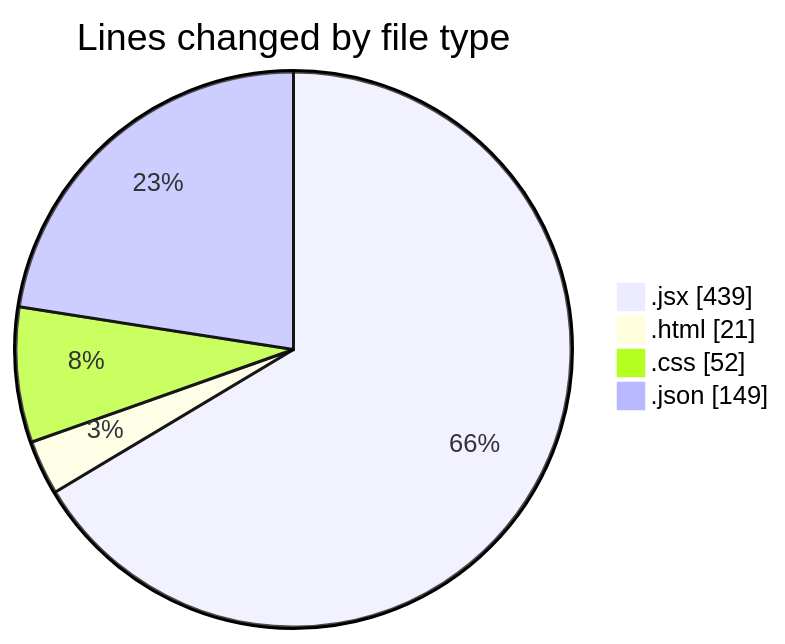
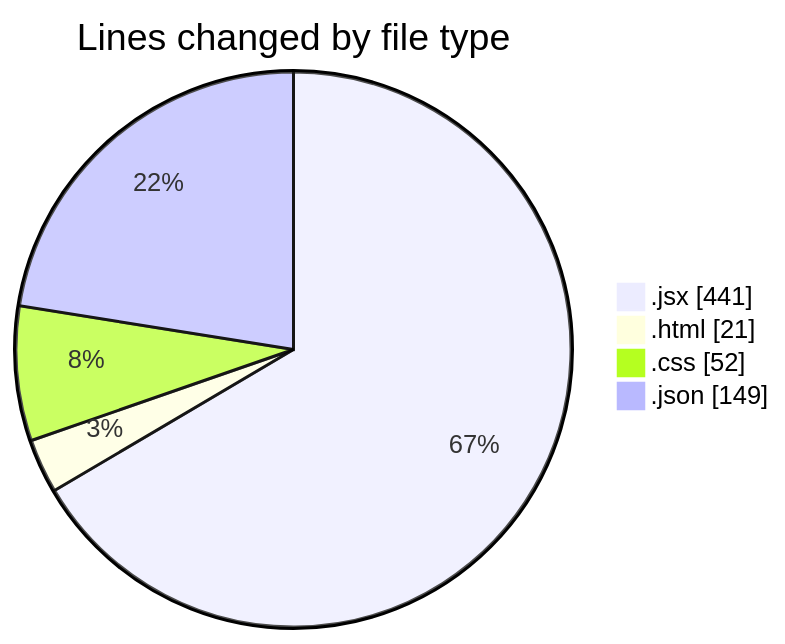
One commit to Elitesun/code-tracking changed the first of 2 diagrams in 2025-02-13/elitegpt/README.md. Above: the diagram before and after it, drawn with Mermaid. The commit also changed other lines of this file and 1 other file, not shown here.

````diff
--- a/2025-02-13/elitegpt/README.md
+++ b/2025-02-13/elitegpt/README.md
@@ -30,8 +30,8 @@
 ```mermaid
 pie showData
 title Lines changed by file type
-".jsx" : 439
+".jsx" : 441
 ".html" : 21
 ".css" : 52
 ".json" : 149
 ```
````
